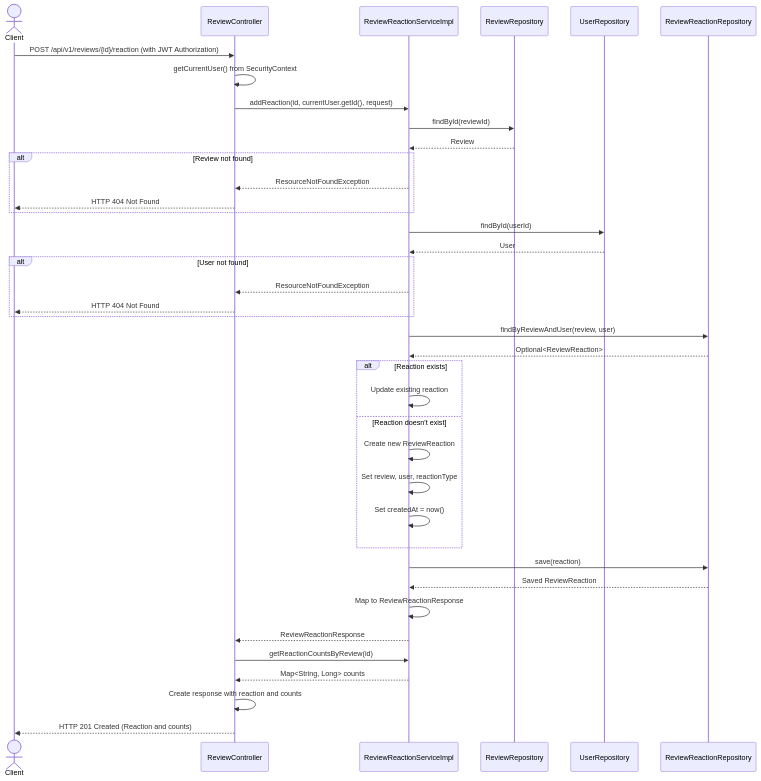
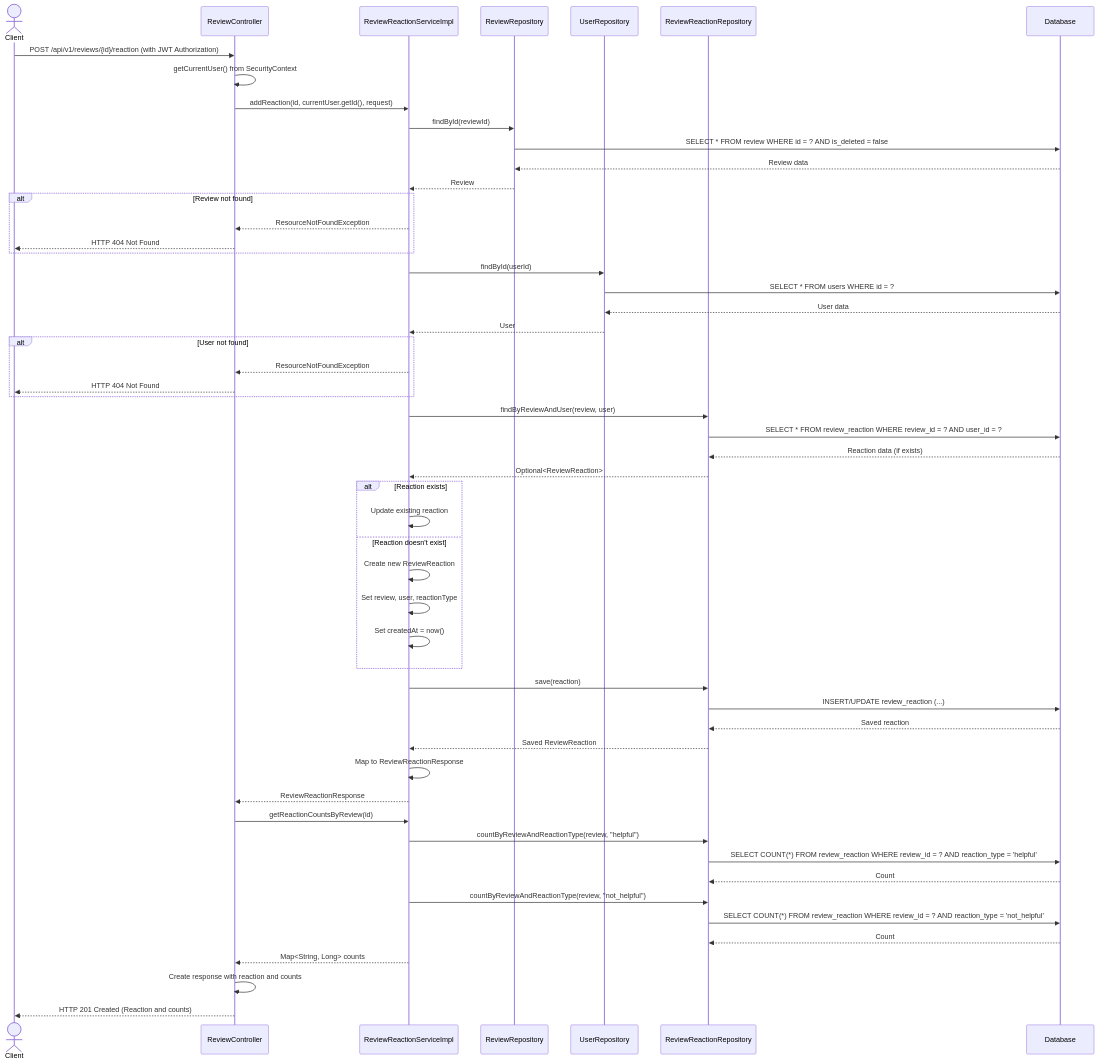
The tenth of 11 diagrams in docs/Review System Diagrams.md (phongkhongxai/vietchef), drawn with Mermaid before and after one commit. The commit also changed other lines of this file and 15 other files, not shown here.

````diff
--- a/docs/Review System Diagrams.md
+++ b/docs/Review System Diagrams.md
@@ -518,50 +597,65 @@
 ```mermaid
 sequenceDiagram
     actor Client
     participant Controller as ReviewController
     participant ReactionService as ReviewReactionServiceImpl
     participant ReviewRepo as ReviewRepository
     participant UserRepo as UserRepository
     participant ReactionRepo as ReviewReactionRepository
+    participant DB as Database
     
     Client->>Controller: POST /api/v1/reviews/{id}/reaction (with JWT Authorization)
     Controller->>Controller: getCurrentUser() from SecurityContext
     Controller->>ReactionService: addReaction(id, currentUser.getId(), request)
     ReactionService->>ReviewRepo: findById(reviewId)
+    ReviewRepo->>DB: SELECT * FROM review WHERE id = ? AND is_deleted = false
+    DB-->>ReviewRepo: Review data
     ReviewRepo-->>ReactionService: Review
     
     alt Review not found
         ReactionService-->>Controller: ResourceNotFoundException
         Controller-->>Client: HTTP 404 Not Found
     end
     
     ReactionService->>UserRepo: findById(userId)
+    UserRepo->>DB: SELECT * FROM users WHERE id = ?
+    DB-->>UserRepo: User data
     UserRepo-->>ReactionService: User
     
     alt User not found
         ReactionService-->>Controller: ResourceNotFoundException
         Controller-->>Client: HTTP 404 Not Found
     end
     
     ReactionService->>ReactionRepo: findByReviewAndUser(review, user)
+    ReactionRepo->>DB: SELECT * FROM review_reaction WHERE review_id = ? AND user_id = ?
+    DB-->>ReactionRepo: Reaction data (if exists)
     ReactionRepo-->>ReactionService: Optional<ReviewReaction>
     
     alt Reaction exists
         ReactionService->>ReactionService: Update existing reaction
     else Reaction doesn't exist
         ReactionService->>ReactionService: Create new ReviewReaction
         ReactionService->>ReactionService: Set review, user, reactionType
         ReactionService->>ReactionService: Set createdAt = now()
     end
     
     ReactionService->>ReactionRepo: save(reaction)
+    ReactionRepo->>DB: INSERT/UPDATE review_reaction (...)
+    DB-->>ReactionRepo: Saved reaction
     ReactionRepo-->>ReactionService: Saved ReviewReaction
     ReactionService->>ReactionService: Map to ReviewReactionResponse
     ReactionService-->>Controller: ReviewReactionResponse
     
     Controller->>ReactionService: getReactionCountsByReview(id)
+    ReactionService->>ReactionRepo: countByReviewAndReactionType(review, "helpful")
+    ReactionRepo->>DB: SELECT COUNT(*) FROM review_reaction WHERE review_id = ? AND reaction_type = 'helpful'
+    DB-->>ReactionRepo: Count
+    ReactionService->>ReactionRepo: countByReviewAndReactionType(review, "not_helpful")
+    ReactionRepo->>DB: SELECT COUNT(*) FROM review_reaction WHERE review_id = ? AND reaction_type = 'not_helpful'
+    DB-->>ReactionRepo: Count
     ReactionService-->>Controller: Map<String, Long> counts
     
     Controller->>Controller: Create response with reaction and counts
     Controller-->>Client: HTTP 201 Created (Reaction and counts)
 ```
````
